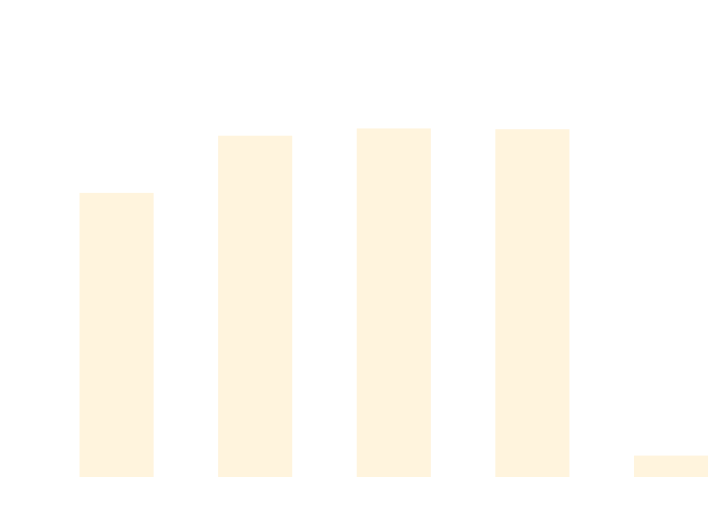
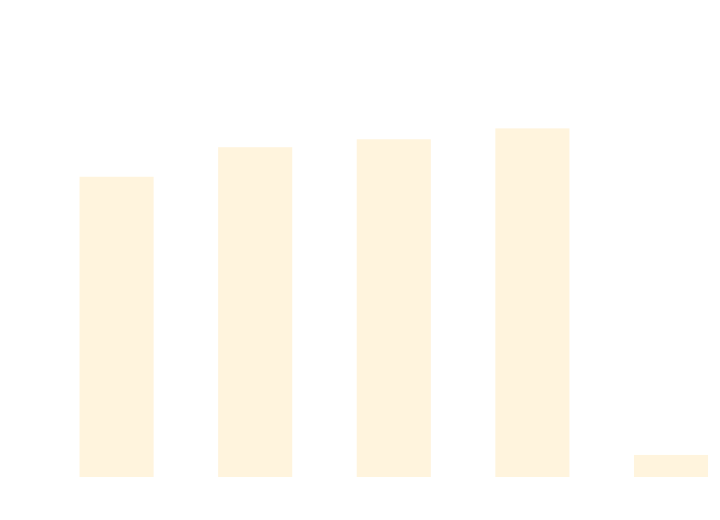
The diagram in docs/docs/benchmarks/DataDrivenTests.md (thomhurst/TUnit), drawn with Mermaid before and after one commit. The commit also changed other lines of this file and 17 other files, not shown here.

````diff
--- a/docs/docs/benchmarks/DataDrivenTests.md
+++ b/docs/docs/benchmarks/DataDrivenTests.md
@@ -27,37 +27,37 @@
 ```mermaid
 %%{init: {
   'theme':'base',
   'themeVariables': {
     'primaryColor': '#2563eb',
     'primaryTextColor': '#ffffff',
     'primaryBorderColor': '#1e40af',
     'lineColor': '#6b7280',
     'secondaryColor': '#7c3aed',
     'tertiaryColor': '#dc2626',
     'background': '#ffffff',
     'mainBkg': '#2563eb',
     'secondBkg': '#7c3aed',
     'tertiaryBkg': '#dc2626',
     'clusterBkg': '#f3f4f6',
     'edgeLabelBackground': '#ffffff',
     'tertiaryTextColor': '#1f2937',
     'pie1': '#2563eb',
     'pie2': '#7c3aed',
     'pie3': '#dc2626',
     'pie4': '#f59e0b',
     'pie5': '#10b981',
     'pie6': '#06b6d4',
     'pie7': '#ec4899',
     'pie8': '#6366f1',
     'pie9': '#84cc16',
     'pie10': '#f97316',
     'pie11': '#14b8a6',
     'pie12': '#a855f7'
   }
 }}%%
 xychart-beta
   title "DataDrivenTests Performance Comparison"
   x-axis ["TUnit", "NUnit", "MSTest", "xUnit3", "TUnit_AOT"]
-  y-axis "Time (ms)" 0 --> 737
-  bar [497.56, 600.6, 613.66, 612.22, 24.17]
+  y-axis "Time (ms)" 0 --> 688
+  bar [491.6, 541.3, 554.63, 572.96, 23.67]
 ```
````
